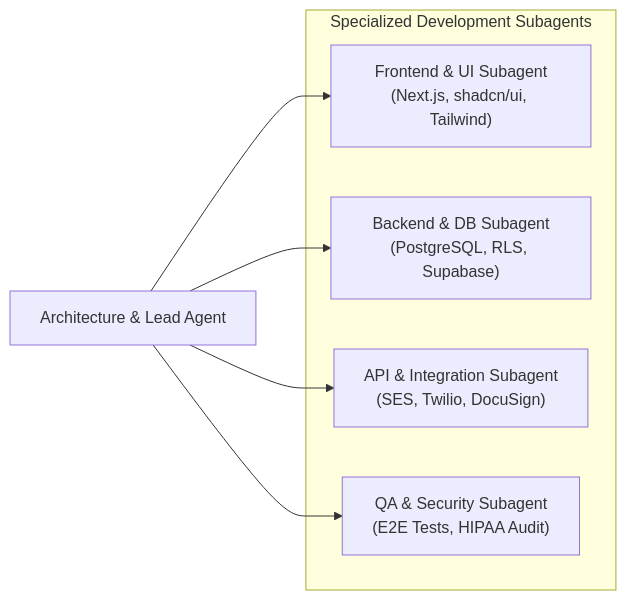
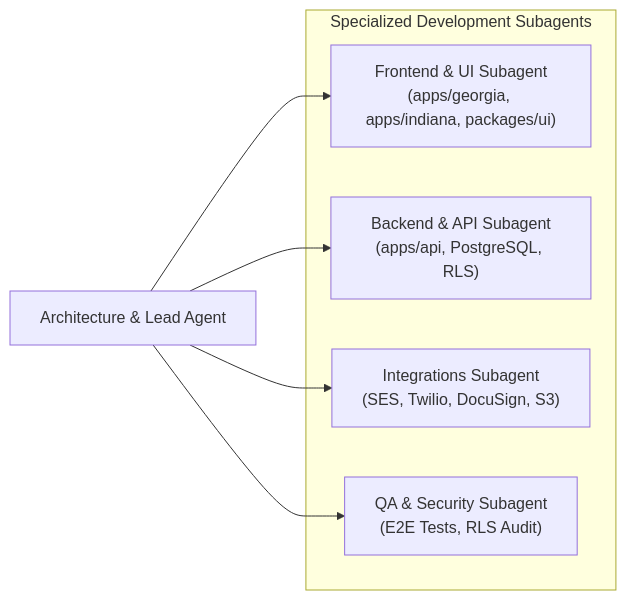
One commit to jico19/Crystal changed the third of 3 diagrams in docs/agents.md. Above: the diagram before and after it, drawn with Mermaid. The commit also changed other lines of this file and 90 other files, not shown here.

````diff
--- a/docs/agents.md
+++ b/docs/agents.md
@@ -142,16 +202,16 @@
 ```mermaid
 graph LR
     Architect["Architecture & Lead Agent"]
     
     subgraph DevSubagents["Specialized Development Subagents"]
-        FrontendAgent["Frontend & UI Subagent<br/>(Next.js, shadcn/ui, Tailwind)"]
-        BackendAgent["Backend & DB Subagent<br/>(PostgreSQL, RLS, Supabase)"]
-        IntegrationAgent["API & Integration Subagent<br/>(SES, Twilio, DocuSign)"]
-        QASubagent["QA & Security Subagent<br/>(E2E Tests, HIPAA Audit)"]
+        FrontendAgent["Frontend & UI Subagent<br/>(apps/georgia, apps/indiana, packages/ui)"]
+        BackendAgent["Backend & API Subagent<br/>(apps/api, PostgreSQL, RLS)"]
+        IntegrationAgent["Integrations Subagent<br/>(SES, Twilio, DocuSign, S3)"]
+        QASubagent["QA & Security Subagent<br/>(E2E Tests, RLS Audit)"]
     end
     
     Architect --> FrontendAgent
     Architect --> BackendAgent
     Architect --> IntegrationAgent
     Architect --> QASubagent
 ```
````
